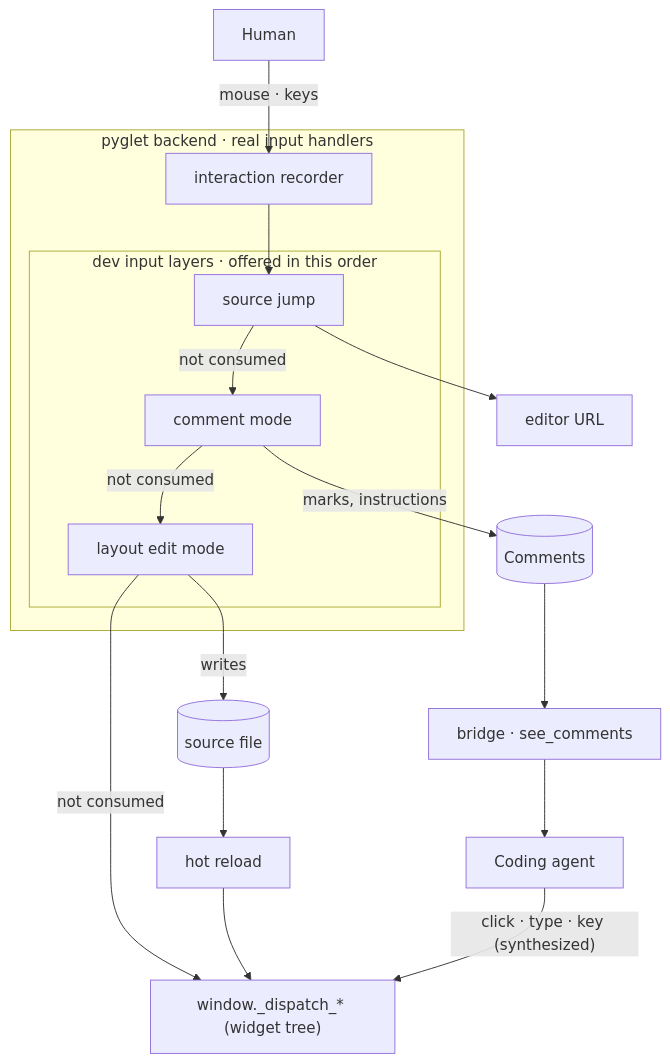
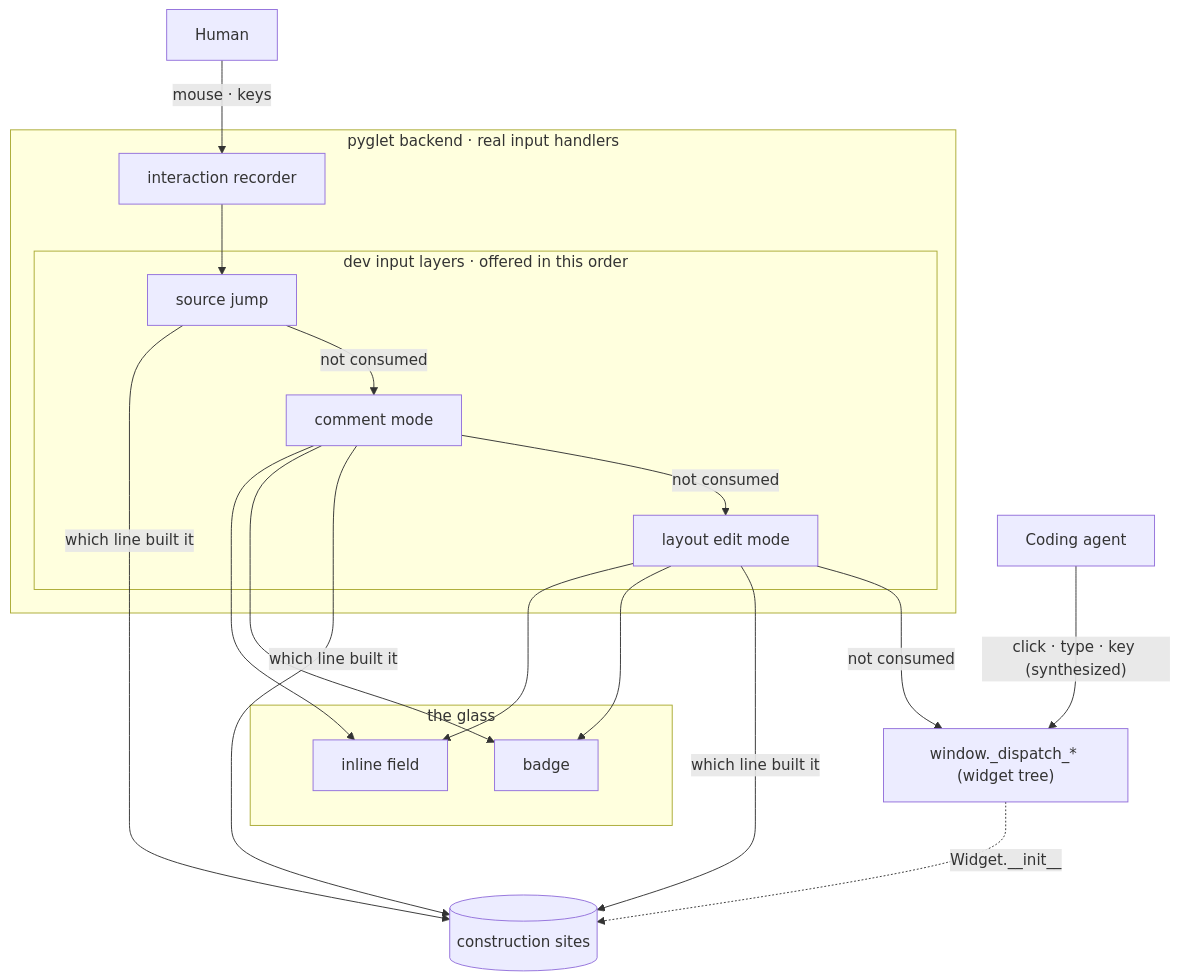
One commit to yuksblog/nuiitivet changed the first of 4 diagrams in docs/design/DEV_MODES.md. Above: the diagram before and after it, drawn with Mermaid. The commit also changed other lines of this file and 4 other files, not shown here.

````diff
--- a/docs/design/DEV_MODES.md
+++ b/docs/design/DEV_MODES.md
@@ -28,26 +16,26 @@
 ```mermaid
 flowchart TB
     human[Human]
     agent[Coding agent]
     subgraph backend[pyglet backend · real input handlers]
         recorder[interaction recorder]
         subgraph layers[dev input layers · offered in this order]
             jump[source jump]
             comment[comment mode]
             layout[layout edit mode]
         end
     end
     dispatch["window._dispatch_* (widget tree)"]
-    comments[(Comments)]
-    editor[editor URL]
-    file[(source file)]
-    reload[hot reload]
-    bridge[bridge · see_comments]
+    sites[(construction sites)]
+    subgraph glass[the glass]
+        badge[badge]
+        field[inline field]
+    end
 
     human -- "mouse · keys" --> recorder --> jump
     jump -- "not consumed" --> comment -- "not consumed" --> layout -- "not consumed" --> dispatch
     agent -- "click · type · key (synthesized)" --> dispatch
-    jump --> editor
-    comment -- marks, instructions --> comments --> bridge --> agent
-    layout -- writes --> file --> reload --> dispatch
+    dispatch -. "Widget.__init__" .-> sites
+    jump & comment & layout -- "which line built it" --> sites
+    comment & layout --> badge & field
 ```
````
